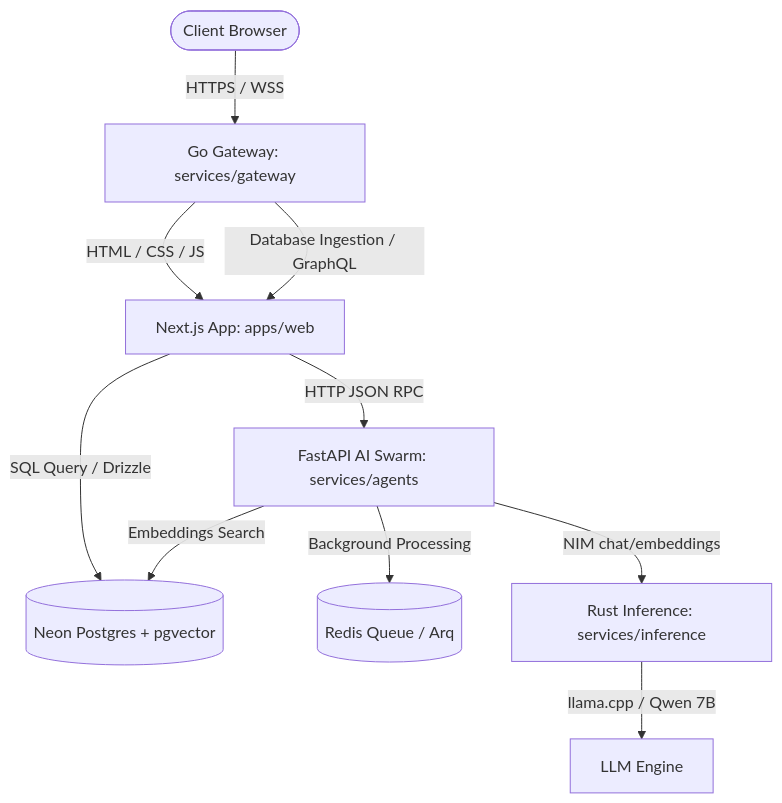
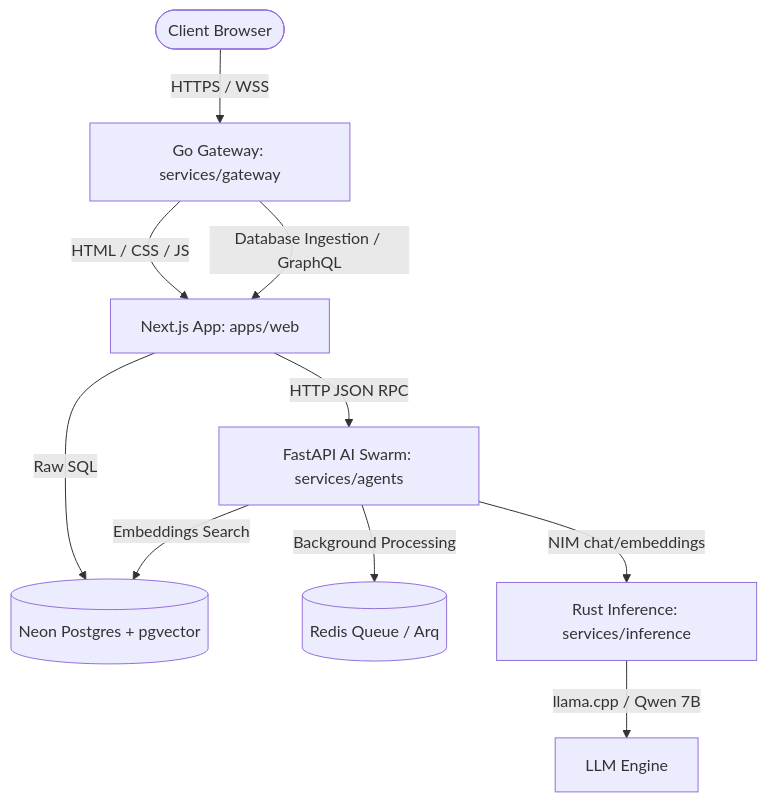
One commit to singhaditya21/school-sis changed the first of 2 diagrams in docs/product/specs/architecture_detailed.md. Above: the diagram before and after it, drawn with Mermaid. The commit also changed other lines of this file and 9 other files, not shown here.

````diff
--- a/docs/product/specs/architecture_detailed.md
+++ b/docs/product/specs/architecture_detailed.md
@@ -11,12 +11,12 @@
 ```mermaid
 graph TD
     UserClient([Client Browser]) -->|HTTPS / WSS| Gateway[Go Gateway: services/gateway]
     Gateway -->|HTML / CSS / JS| Web[Next.js App: apps/web]
     Gateway -->|Database Ingestion / GraphQL| Web
-    Web -->|SQL Query / Drizzle| Postgres[(Neon Postgres + pgvector)]
+    Web -->|Raw SQL| Postgres[(Neon Postgres + pgvector)]
     Web -->|HTTP JSON RPC| Agents[FastAPI AI Swarm: services/agents]
     Agents -->|Background Processing| RedisQueue[(Redis Queue / Arq)]
     Agents -->|Embeddings Search| Postgres
     Agents -->|NIM chat/embeddings| Inference[Rust Inference: services/inference]
     Inference -->|llama.cpp / Qwen 7B| LLM[LLM Engine]
 ```
````
